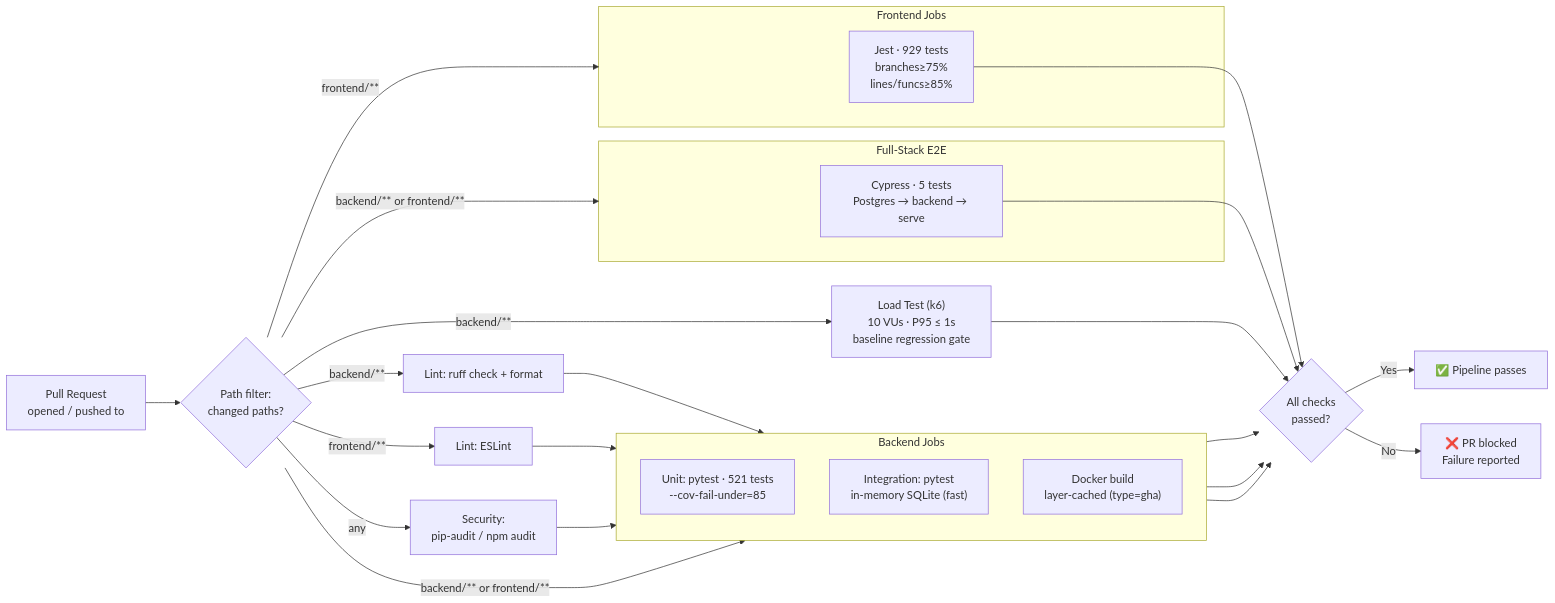
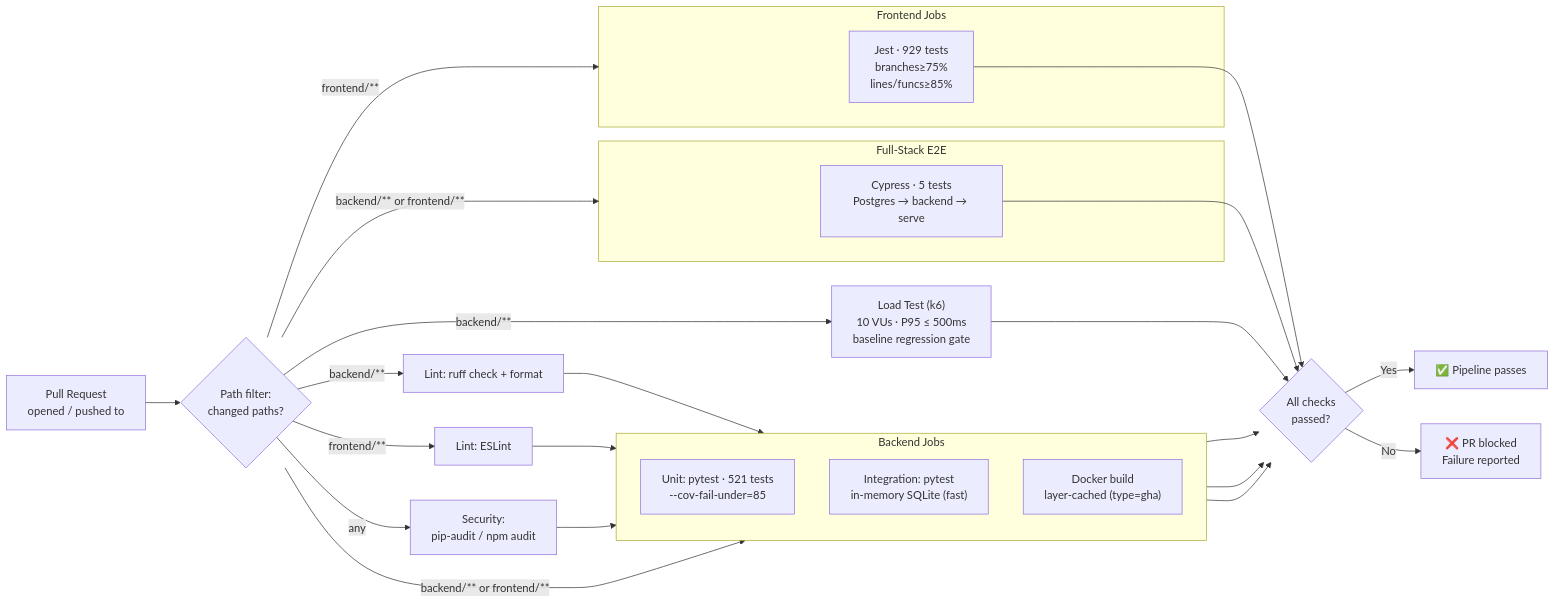
One commit to AhmedIkram05/devsync changed the fifth of 6 diagrams in README.md. Above: the diagram before and after it, drawn with Mermaid. The commit also changed other lines of this file and 3 other files, not shown here.

````diff
--- a/README.md
+++ b/README.md
@@ -343,37 +343,37 @@
 ```mermaid
 flowchart LR
     PR["Pull Request\nopened / pushed to"] --> Changes{"Path filter:\nchanged paths?"}
     
     Changes -->|"backend/**"| LintBE["Lint: ruff check + format"]
     Changes -->|"frontend/**"| LintFE["Lint: ESLint"]
     Changes -->|"any"| Security["Security:\npip-audit / npm audit"]
 
     LintBE & LintFE & Security --> BackendJobs
     
     subgraph BackendJobs["Backend Jobs"]
         direction TB
         BT["Unit: pytest · 521 tests\n--cov-fail-under=85"]
         IT["Integration: pytest\nin-memory SQLite (fast)"]
         DockerBuild["Docker build\nlayer-cached (type=gha)"]
     end
 
     subgraph FrontendJobs["Frontend Jobs"]
         FT["Jest · 929 tests\nbranches≥75%\nlines/funcs≥85%"]
     end
 
     subgraph E2E["Full-Stack E2E"]
         Cypress["Cypress · 5 tests\nPostgres → backend → serve"]
     end
 
-    Load["Load Test (k6)\n10 VUs · P95 ≤ 1s\nbaseline regression gate"]
+    Load["Load Test (k6)\n10 VUs · P95 ≤ 500ms\nbaseline regression gate"]
 
     Changes -->|"backend/** or frontend/**"| BackendJobs
     Changes -->|"frontend/**"| FrontendJobs
     Changes -->|"backend/** or frontend/**"| E2E
     Changes -->|"backend/**"| Load
 
     BT & IT & DockerBuild & FT & Cypress & Load --> Gate{"All checks\npassed?"}
     
     Gate -->|"Yes"| Pipeline["✅ Pipeline passes"]
     Gate -->|"No"| Abort["❌ PR blocked\nFailure reported"]
 ```
````
